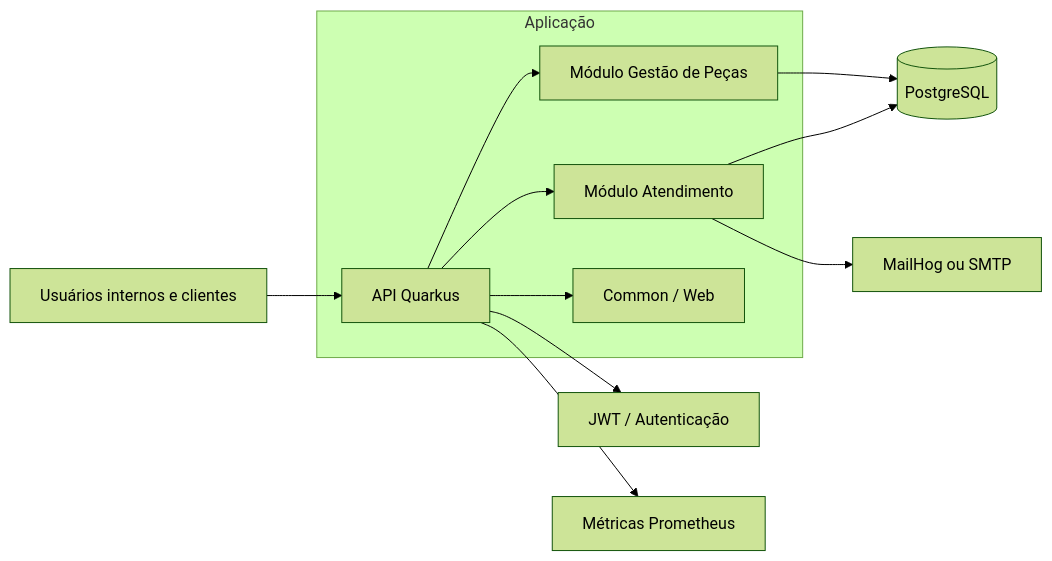
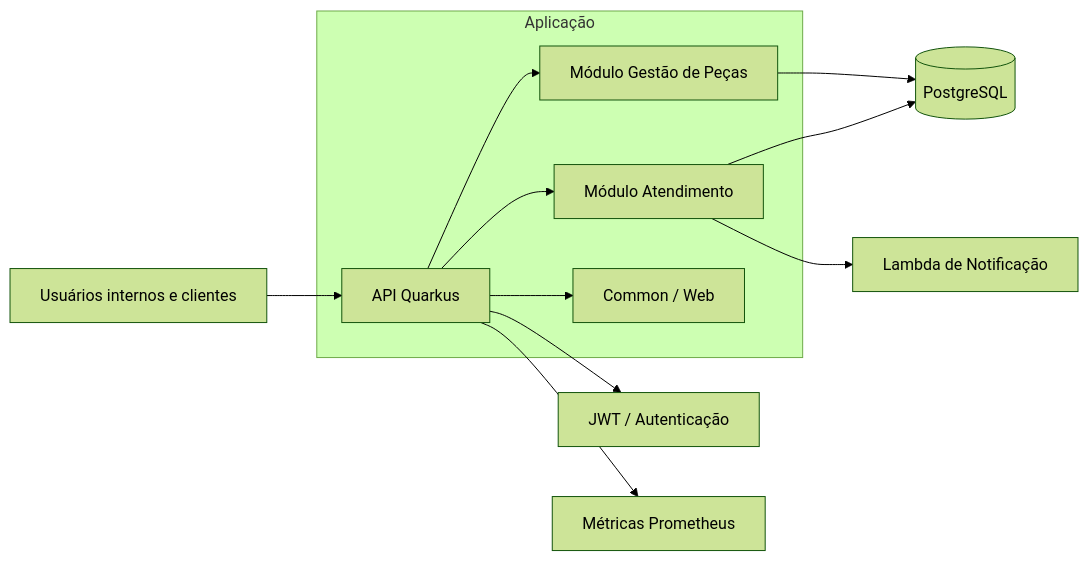
One commit to oficina-soat/oficina-app changed the diagram in README.md. Above: the diagram before and after it, drawn with Mermaid (forest theme). The commit also changed other lines of this file and 21 other files, not shown here.

````diff
--- a/README.md
+++ b/README.md
@@ -73,16 +73,16 @@
 ```mermaid
 flowchart LR
     U[Usuários internos e clientes] --> API[API Quarkus]
 
     subgraph APP[Aplicação]
         API --> ATD[Módulo Atendimento]
         API --> GEST[Módulo Gestão de Peças]
         API --> COM[Common / Web]
     end
 
     ATD --> DB[(PostgreSQL)]
     GEST --> DB
-    ATD --> SMTP[MailHog ou SMTP]
+    ATD --> NOTIF[Lambda de Notificação]
     API --> JWT[JWT / Autenticação]
     API --> METRICS[Métricas Prometheus]
 ```
````
